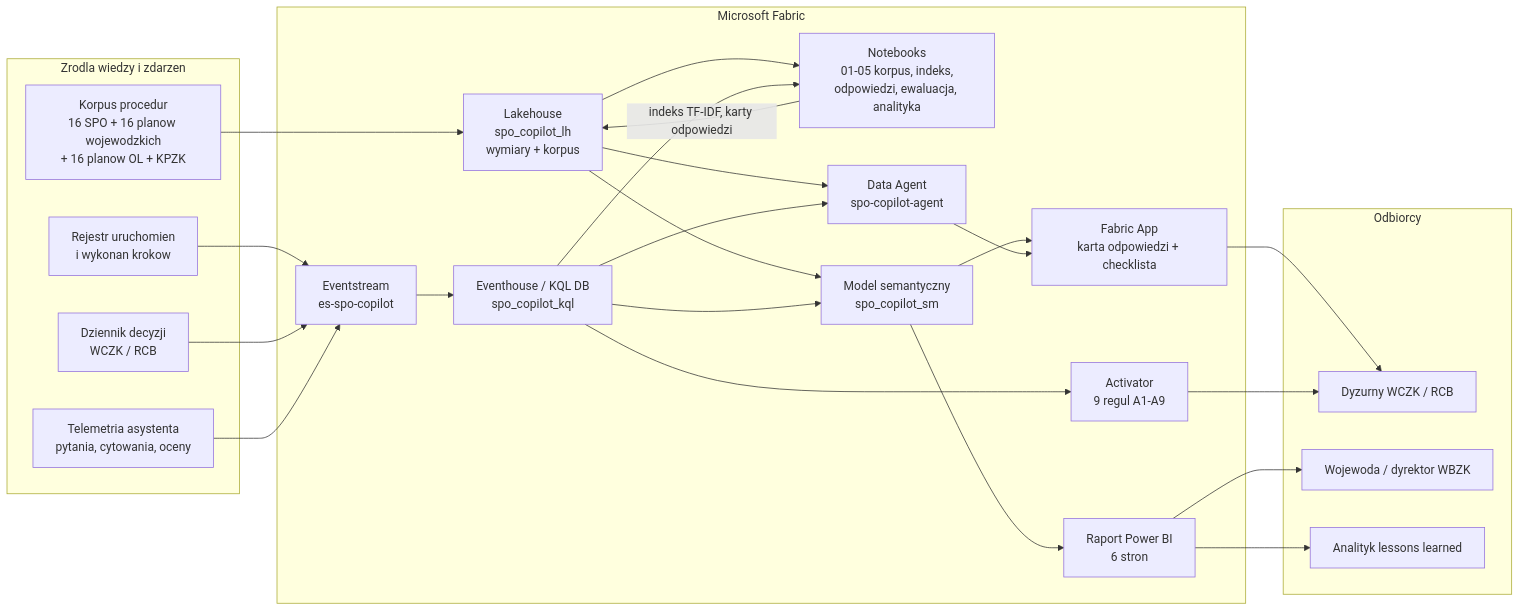
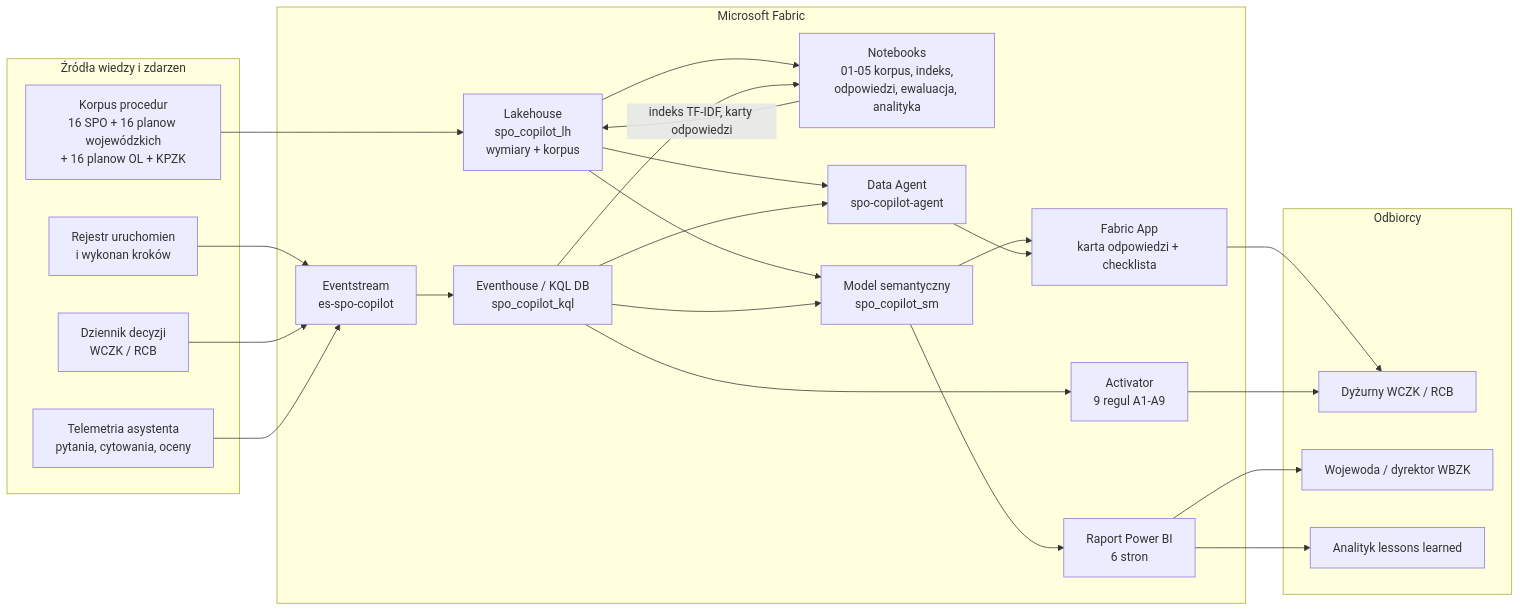
Before and after one commit to llyen/ol-spo-copilot: the diagram in architecture.mmd, drawn with Mermaid. The commit also changed 51 other files, not shown here.

```diff
--- a/architecture.mmd
+++ b/architecture.mmd
@@ -1,46 +1,46 @@
 flowchart LR
-    subgraph ZRODLA["Zrodla wiedzy i zdarzen"]
-        A1["Korpus procedur\n16 SPO + 16 planow wojewodzkich\n+ 16 planow OL + KPZK"]
-        A2["Rejestr uruchomien\ni wykonan krokow"]
+    subgraph ZRODLA["Źródła wiedzy i zdarzen"]
+        A1["Korpus procedur\n16 SPO + 16 planow wojewódzkich\n+ 16 planow OL + KPZK"]
+        A2["Rejestr uruchomien\ni wykonan kroków"]
         A3["Dziennik decyzji\nWCZK / RCB"]
         A4["Telemetria asystenta\npytania, cytowania, oceny"]
     end
 
     subgraph FABRIC["Microsoft Fabric"]
         B1["Lakehouse\nspo_copilot_lh\nwymiary + korpus"]
         B2["Eventstream\nes-spo-copilot"]
         B3["Eventhouse / KQL DB\nspo_copilot_kql"]
         B4["Notebooks\n01-05 korpus, indeks,\nodpowiedzi, ewaluacja, analityka"]
         B5["Model semantyczny\nspo_copilot_sm"]
         B6["Raport Power BI\n6 stron"]
         B7["Activator\n9 regul A1-A9"]
         B8["Data Agent\nspo-copilot-agent"]
         B9["Fabric App\nkarta odpowiedzi + checklista"]
     end
 
     subgraph ODBIORCY["Odbiorcy"]
-        C1["Dyzurny WCZK / RCB"]
+        C1["Dyżurny WCZK / RCB"]
         C2["Wojewoda / dyrektor WBZK"]
         C3["Analityk lessons learned"]
     end
 
     A1 --> B1
     A2 --> B2
     A3 --> B2
     A4 --> B2
     B2 --> B3
     B1 --> B4
     B3 --> B4
     B4 -->|indeks TF-IDF, karty odpowiedzi| B1
     B1 --> B5
     B3 --> B5
     B5 --> B6
     B3 --> B7
     B1 --> B8
     B3 --> B8
     B5 --> B9
     B8 --> B9
     B9 --> C1
     B6 --> C2
     B6 --> C3
     B7 --> C1
```
